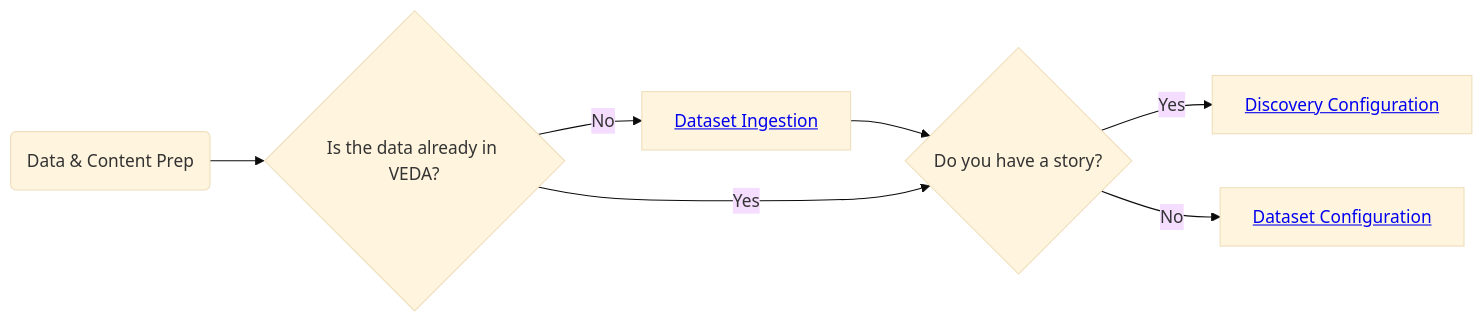
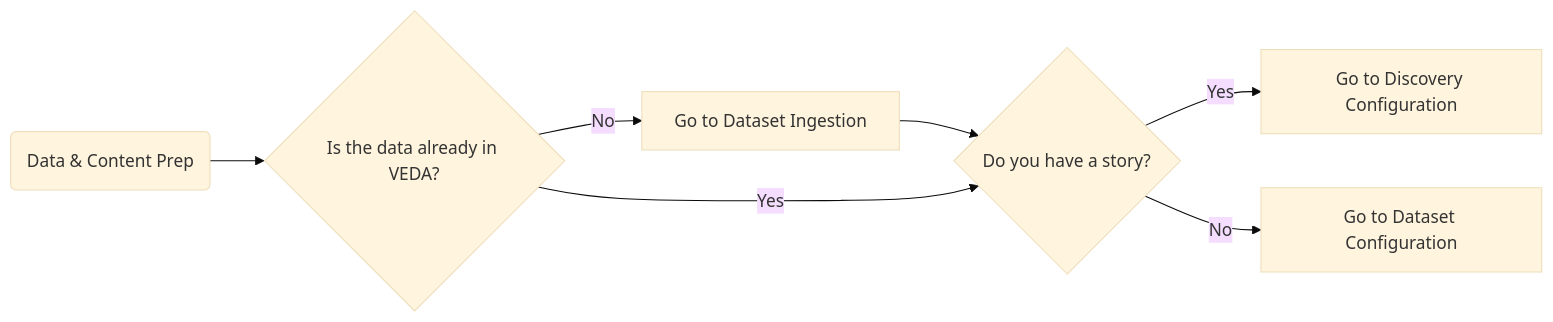
Before and after one commit to NASA-IMPACT/veda-docs: the diagram in contributing/dashboard-content.qmd, drawn with Mermaid (base theme). The commit also changed 1 other file, not shown here.

Commit message:
Fix hyperlinks in mermaid flowchart

````diff
--- a/contributing/dashboard-content.qmd
+++ b/contributing/dashboard-content.qmd
@@ -17,9 +17,12 @@
 ```{mermaid}
 flowchart LR
     A(Data & Content Prep) --> B{Is the data already in VEDA?}
-    B -->|No| C[<a href='./dataset-ingestion.qmd'>Dataset Ingestion</a>]
+    B -->|No| C[Go to Dataset Ingestion]
     C --> E
     B -->|Yes| E{Do you have a story?}
-    E -->|Yes| D[<a href='./discovery-configuration.qmd'> Discovery Configuration</a>]
-    E -->|No| F[<a href='./dataset-configuration.qmd'> Dataset Configuration</a>]
+    E -->|Yes| D[Go to Discovery Configuration]
+    E -->|No| F[Go to Dataset Configuration]
+    click C "./dataset-ingestion.html" "Docs on Dataset Ingestion" _blank
+    click D "./discovery-configuration.html" "Docs on Discovery Configuration" _blank
+    click F "./dataset-configuration.html" "Docs on Dataset Configuration" _blank
 ```
````
